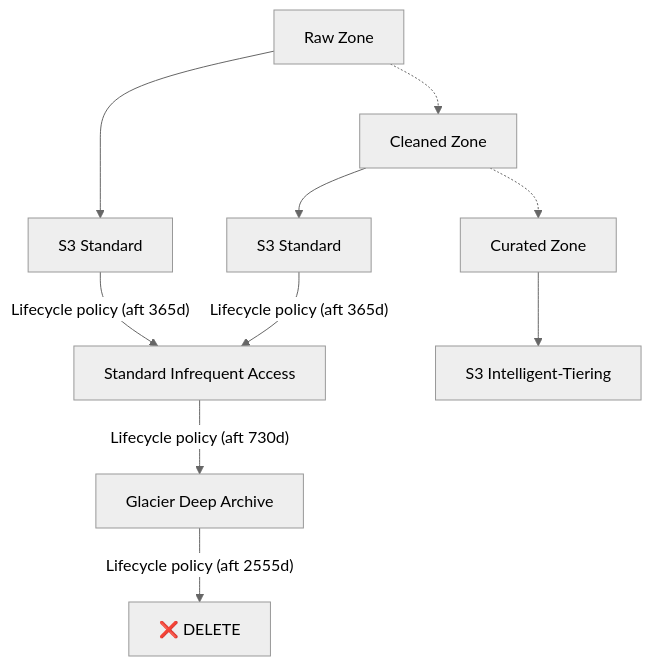
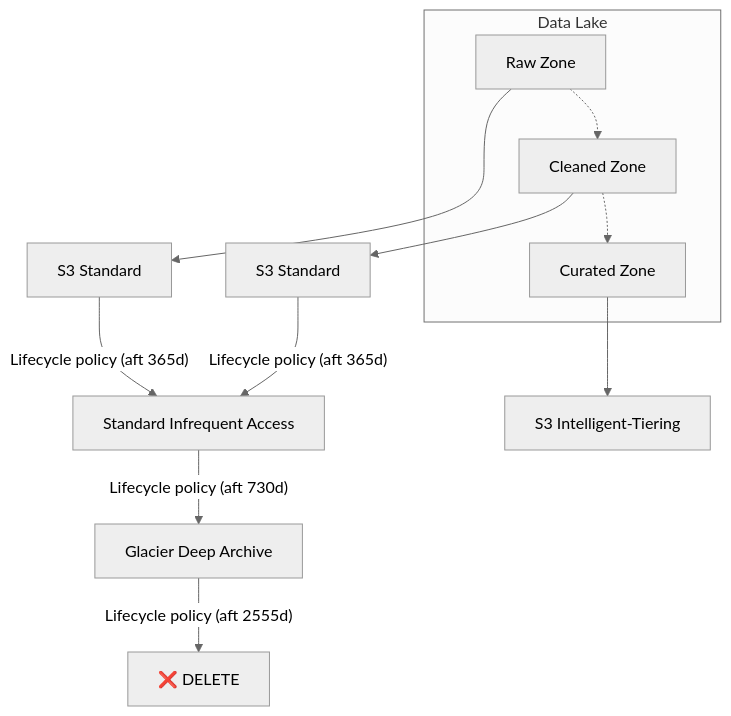
Before and after one commit to danilo01arrudal/Exated-Documentation: the second of 10 diagrams in AWS/Data Lake/Readme.md, drawn with Mermaid (neutral theme).

````diff
--- a/AWS/Data Lake/Readme.md
+++ b/AWS/Data Lake/Readme.md
@@ -137,15 +137,17 @@
 ```mermaid
 flowchart TD
-    Raw["Raw Zone<br>"]
-    Cleaned["Cleaned Zone<br>"]
-    Curated["Curated Zone<br>"]
+    subgraph Data_Lake ["Data Lake"]
+        Raw["Raw Zone<br>"]
+        Cleaned["Cleaned Zone<br>"]
+        Curated["Curated Zone<br>"]
+    end
 
     Raw -.-> Cleaned -.-> Curated
     Raw --> S3_Standard1["S3 Standard"]
     Cleaned --> S3_Standard2["S3 Standard"]
     S3_Standard1 --> |"Lifecycle policy (aft 365d)"| S3_StandardAI["Standard Infrequent Access"]
     S3_Standard2 --> |"Lifecycle policy (aft 365d)"|S3_StandardAI["Standard Infrequent Access"]
     S3_StandardAI --> |"Lifecycle policy (aft 730d)"| Glacier["Glacier Deep Archive"]
     Glacier --> |"Lifecycle policy (aft 2555d)"| Destruction["❌ DELETE"]
     Curated --> S3["S3 Intelligent-Tiering"]
 ```
````
